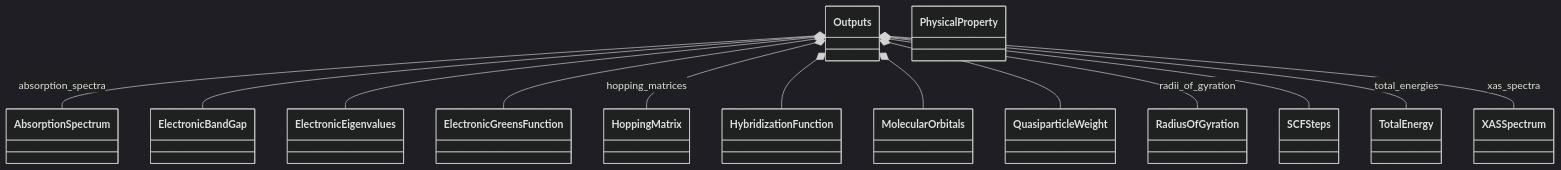
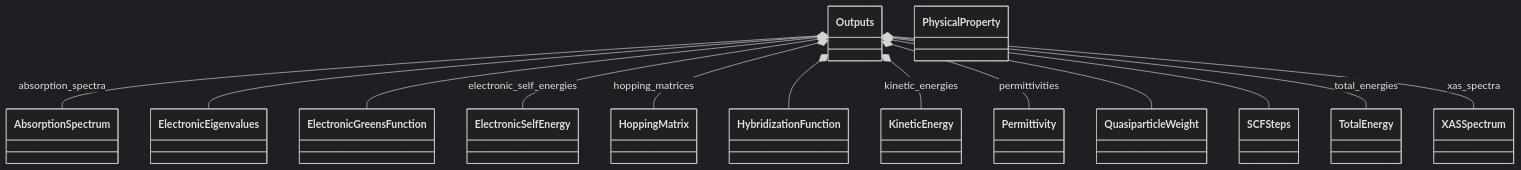
One commit to FAIRmat-NFDI/nomad-simulations changed the second of 2 diagrams in docs/schema/outputs.diagram.md. Above: the diagram before and after it, drawn with Mermaid (dark theme). The commit also changed 5 other files, not shown here.

````diff
--- a/docs/schema/outputs.diagram.md
+++ b/docs/schema/outputs.diagram.md
@@ -68,43 +68,43 @@
 ```mermaid
 classDiagram
     class AbsorptionSpectrum {
-    }
-    class ElectronicBandGap {
     }
     class ElectronicEigenvalues {
     }
     class ElectronicGreensFunction {
     }
+    class ElectronicSelfEnergy {
+    }
     class HoppingMatrix {
     }
     class HybridizationFunction {
     }
-    class MolecularOrbitals {
+    class KineticEnergy {
     }
     class Outputs {
+    }
+    class Permittivity {
     }
     class PhysicalProperty {
     }
     class QuasiparticleWeight {
-    }
-    class RadiusOfGyration {
     }
     class SCFSteps {
     }
     class TotalEnergy {
     }
     class XASSpectrum {
     }
     Outputs *-- AbsorptionSpectrum : absorption_spectra
-    Outputs *-- ElectronicBandGap
     Outputs *-- ElectronicEigenvalues
     Outputs *-- ElectronicGreensFunction
+    Outputs *-- ElectronicSelfEnergy : electronic_self_energies
     Outputs *-- HoppingMatrix : hopping_matrices
     Outputs *-- HybridizationFunction
-    Outputs *-- MolecularOrbitals
+    Outputs *-- KineticEnergy : kinetic_energies
+    Outputs *-- Permittivity : permittivities
     Outputs *-- QuasiparticleWeight
-    Outputs *-- RadiusOfGyration : radii_of_gyration
     Outputs *-- SCFSteps
     Outputs *-- TotalEnergy : total_energies
     Outputs *-- XASSpectrum : xas_spectra
 ```
````
